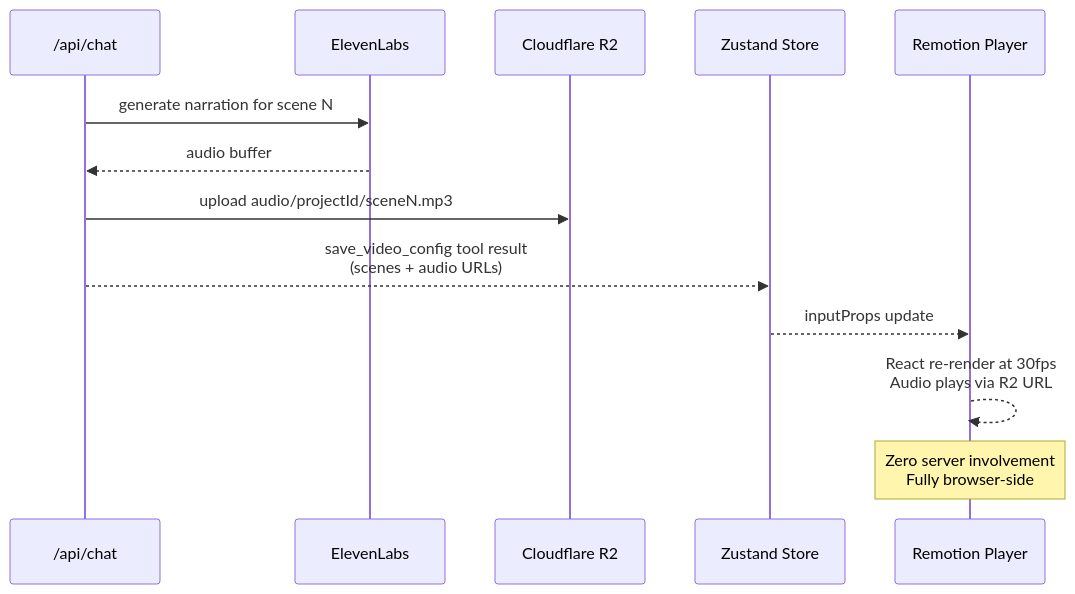
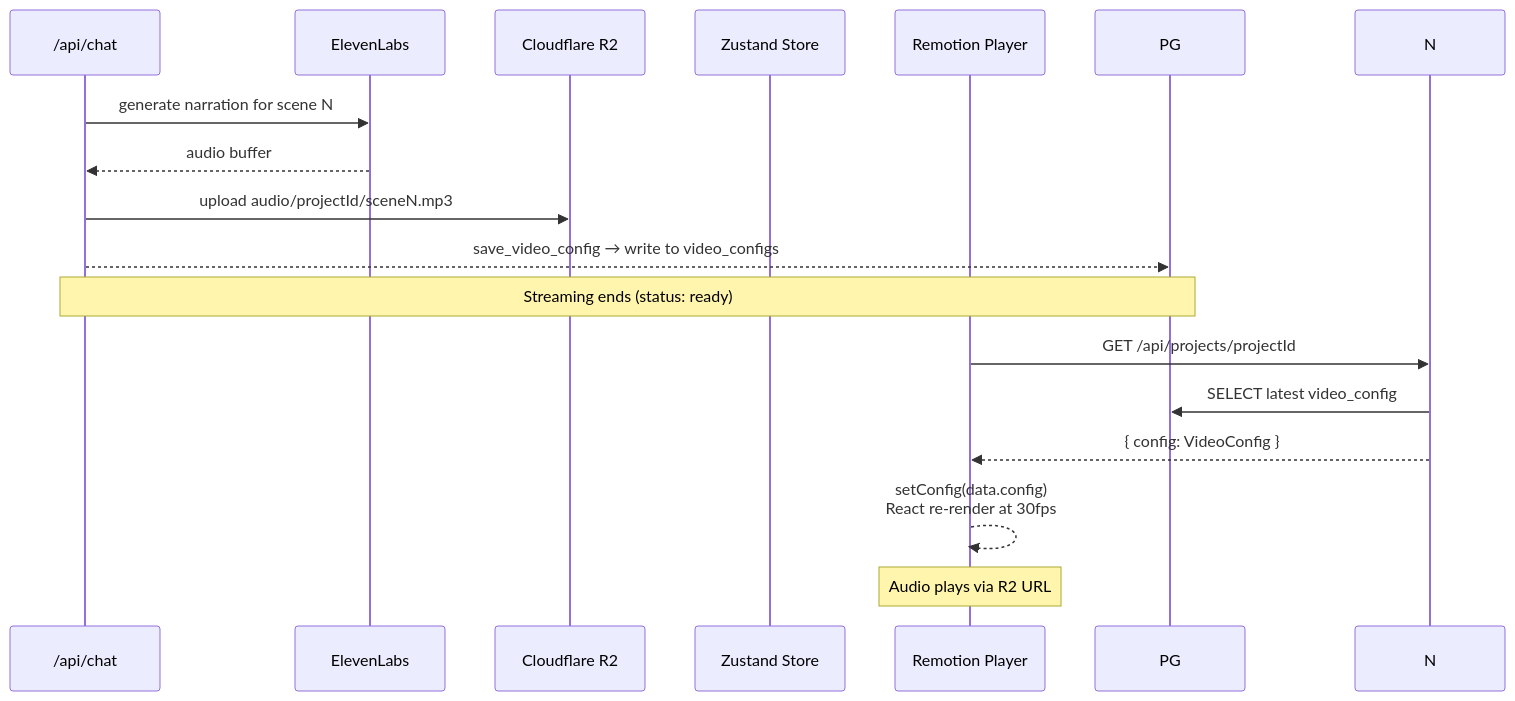
Before and after one commit to lokeswaran-aj/opencut: the second of 6 diagrams in docs/architecture.md, drawn with Mermaid. The commit also changed other lines of this file and 2 other files, not shown here.

````diff
--- a/docs/architecture.md
+++ b/docs/architecture.md
@@ -112,16 +112,19 @@
 ```mermaid
 sequenceDiagram
     participant AI as /api/chat
     participant EL as ElevenLabs
     participant R2 as Cloudflare R2
     participant ZS as Zustand Store
     participant RP as Remotion Player
 
     AI->>EL: generate narration for scene N
     EL-->>AI: audio buffer
     AI->>R2: upload audio/projectId/sceneN.mp3
-    AI-->>ZS: save_video_config tool result<br/>(scenes + audio URLs)
-    ZS-->>RP: inputProps update
-    RP-->>RP: React re-render at 30fps<br/>Audio plays via R2 URL
-    Note over RP: Zero server involvement<br/>Fully browser-side
+    AI-->>PG: save_video_config → write to video_configs
+    Note over AI,PG: Streaming ends (status: ready)
+    RP->>N: GET /api/projects/projectId
+    N->>PG: SELECT latest video_config
+    N-->>RP: { config: VideoConfig }
+    RP-->>RP: setConfig(data.config)<br/>React re-render at 30fps
+    Note over RP: Audio plays via R2 URL
 ```
````
